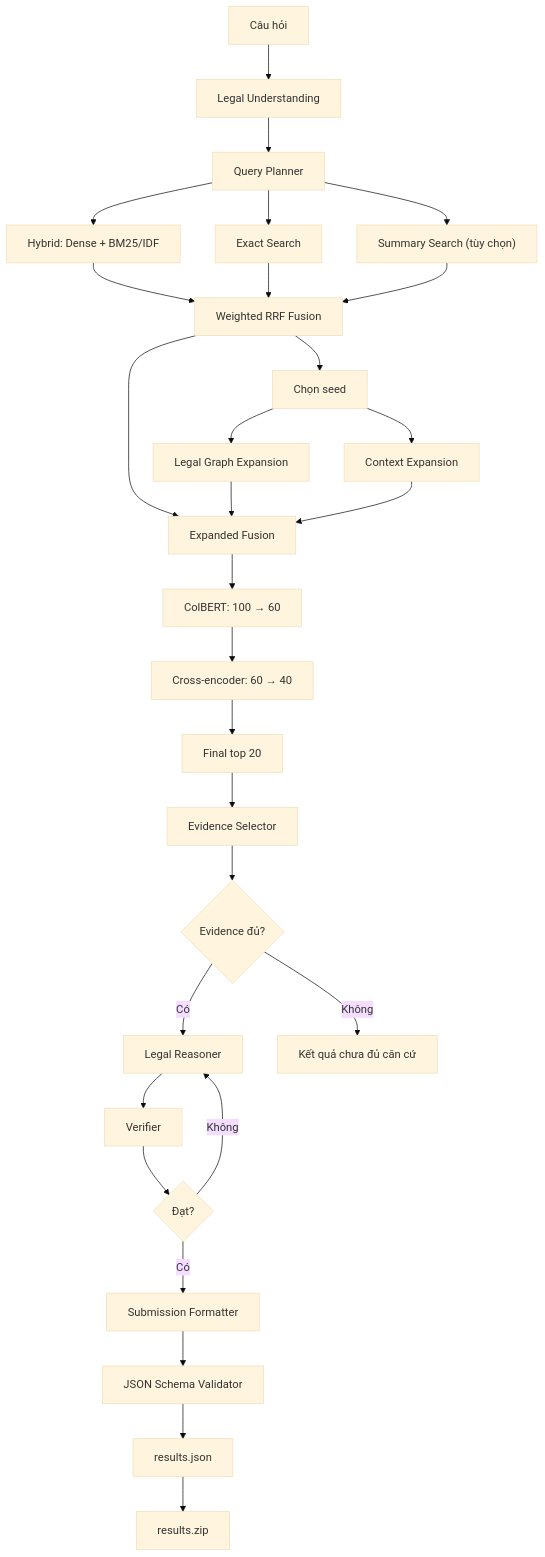
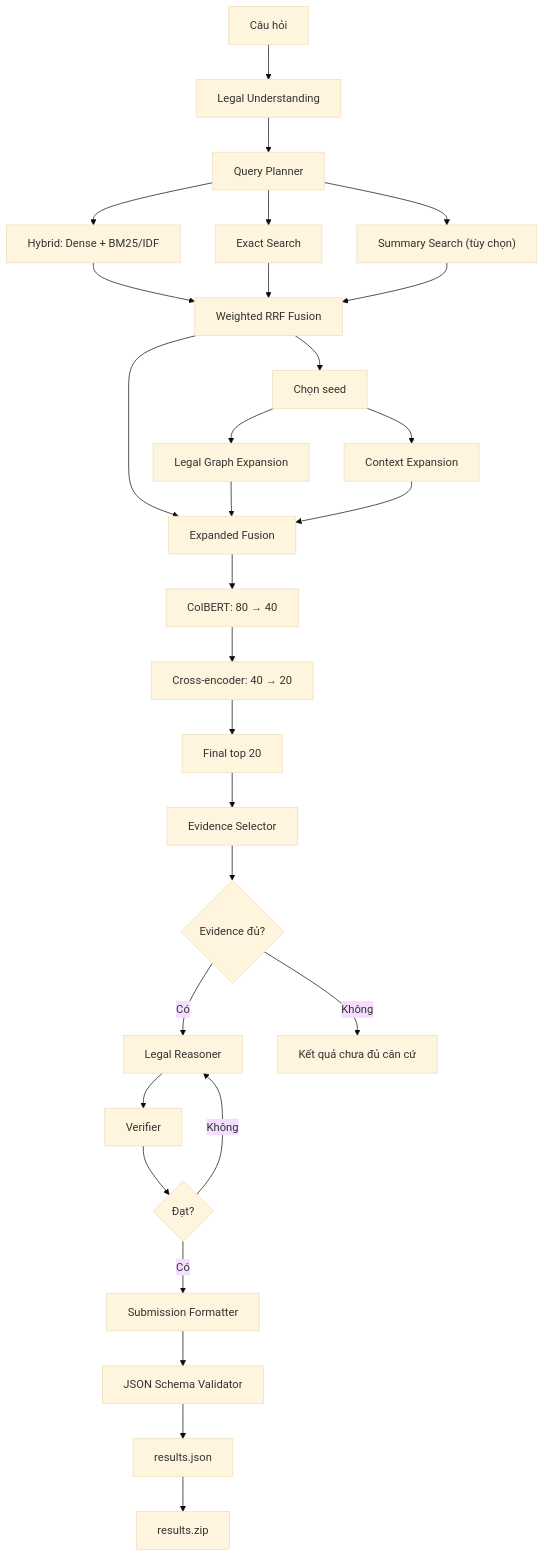
The diagram in README.md (tutran27/legal-rag-agentic), drawn with Mermaid (base theme) before and after one commit. The commit also changed other lines of this file and 36 other files, not shown here.

````diff
--- a/README.md
+++ b/README.md
@@ -32,38 +32,38 @@
 ```mermaid
 flowchart TD
     A["Câu hỏi"] --> B["Legal Understanding"]
     B --> C["Query Planner"]
 
     C --> D1["Hybrid: Dense + BM25/IDF"]
     C --> D2["Exact Search"]
     C --> D3["Summary Search (tùy chọn)"]
 
     D1 --> E["Weighted RRF Fusion"]
     D2 --> E
     D3 --> E
 
     E --> F["Chọn seed"]
     F --> G1["Legal Graph Expansion"]
     F --> G2["Context Expansion"]
 
     E --> H["Expanded Fusion"]
     G1 --> H
     G2 --> H
 
-    H --> I["ColBERT: 100 → 60"]
-    I --> J["Cross-encoder: 60 → 40"]
+    H --> I["ColBERT: 80 → 40"]
+    I --> J["Cross-encoder: 40 → 20"]
     J --> K["Final top 20"]
 
     K --> L["Evidence Selector"]
     L --> M{"Evidence đủ?"}
     M -- "Có" --> N["Legal Reasoner"]
     M -- "Không" --> X["Kết quả chưa đủ căn cứ"]
 
     N --> O["Verifier"]
     O --> P{"Đạt?"}
     P -- "Không" --> N
     P -- "Có" --> Q["Submission Formatter"]
     Q --> R["JSON Schema Validator"]
     R --> S["results.json"]
     S --> T["results.zip"]
 ```
````
